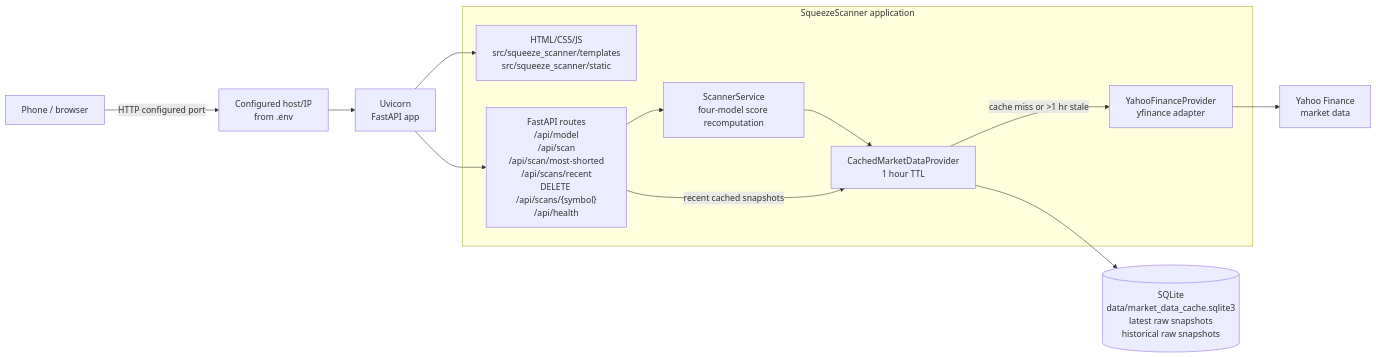
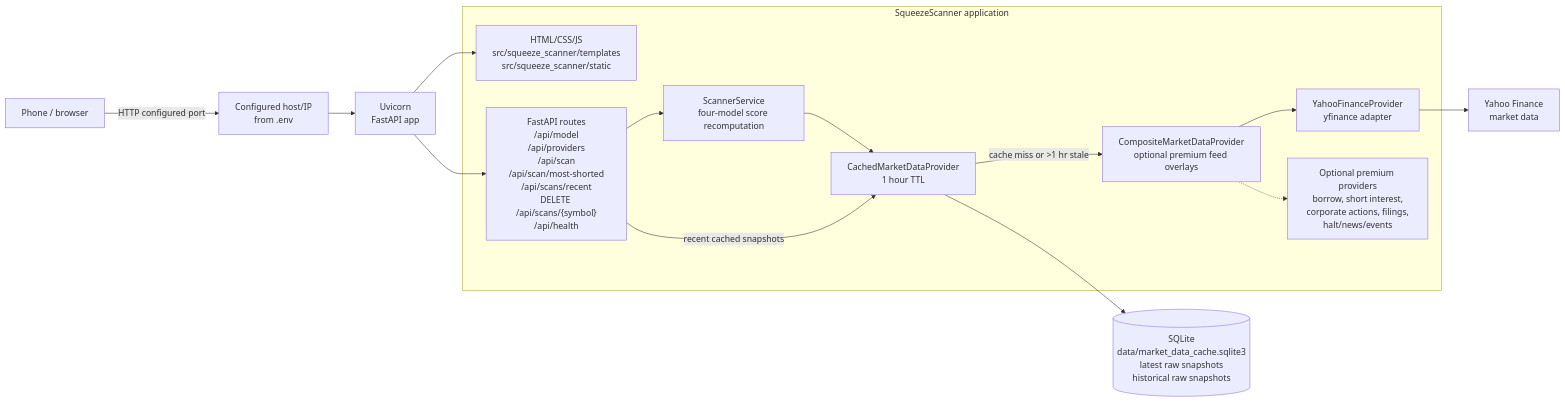
Before and after one commit to agorevski/SqueezeScanner: the first of 2 diagrams in ARCHITECTURE.md, drawn with Mermaid. The commit also changed other lines of this file and 33 other files, not shown here.

First line of the commit message:
Ship gamma roadmap upgrades and documentation

````diff
--- a/ARCHITECTURE.md
+++ b/ARCHITECTURE.md
@@ -3,22 +3,26 @@
 ```mermaid
 flowchart LR
     Phone["Phone / browser"] -->|HTTP configured port| Network["Configured host/IP<br/>from .env"]
     Network --> Uvicorn["Uvicorn<br/>FastAPI app"]
 
     subgraph WebApp["SqueezeScanner application"]
         UI["HTML/CSS/JS<br/>src/squeeze_scanner/templates<br/>src/squeeze_scanner/static"]
-        API["FastAPI routes<br/>/api/model<br/>/api/scan<br/>/api/scan/most-shorted<br/>/api/scans/recent<br/>DELETE /api/scans/{symbol}<br/>/api/health"]
+        API["FastAPI routes<br/>/api/model<br/>/api/providers<br/>/api/scan<br/>/api/scan/most-shorted<br/>/api/scans/recent<br/>DELETE /api/scans/{symbol}<br/>/api/health"]
         Scanner["ScannerService<br/>four-model score recomputation"]
         CacheProvider["CachedMarketDataProvider<br/>1 hour TTL"]
+        CompositeProvider["CompositeMarketDataProvider<br/>optional premium feed overlays"]
         YahooProvider["YahooFinanceProvider<br/>yfinance adapter"]
+        PremiumProviders["Optional premium providers<br/>borrow, short interest,<br/>corporate actions, filings,<br/>halt/news/events"]
     end
 
     Uvicorn --> UI
     Uvicorn --> API
     API --> Scanner
     Scanner --> CacheProvider
     API -->|"recent cached snapshots"| CacheProvider
     CacheProvider --> SQLite[("SQLite<br/>data/market_data_cache.sqlite3<br/>latest raw snapshots<br/>historical raw snapshots")]
-    CacheProvider -->|"cache miss or >1 hr stale"| YahooProvider
+    CacheProvider -->|"cache miss or >1 hr stale"| CompositeProvider
+    CompositeProvider --> YahooProvider
+    CompositeProvider -.-> PremiumProviders
     YahooProvider --> Yahoo["Yahoo Finance<br/>market data"]
 ```
````
